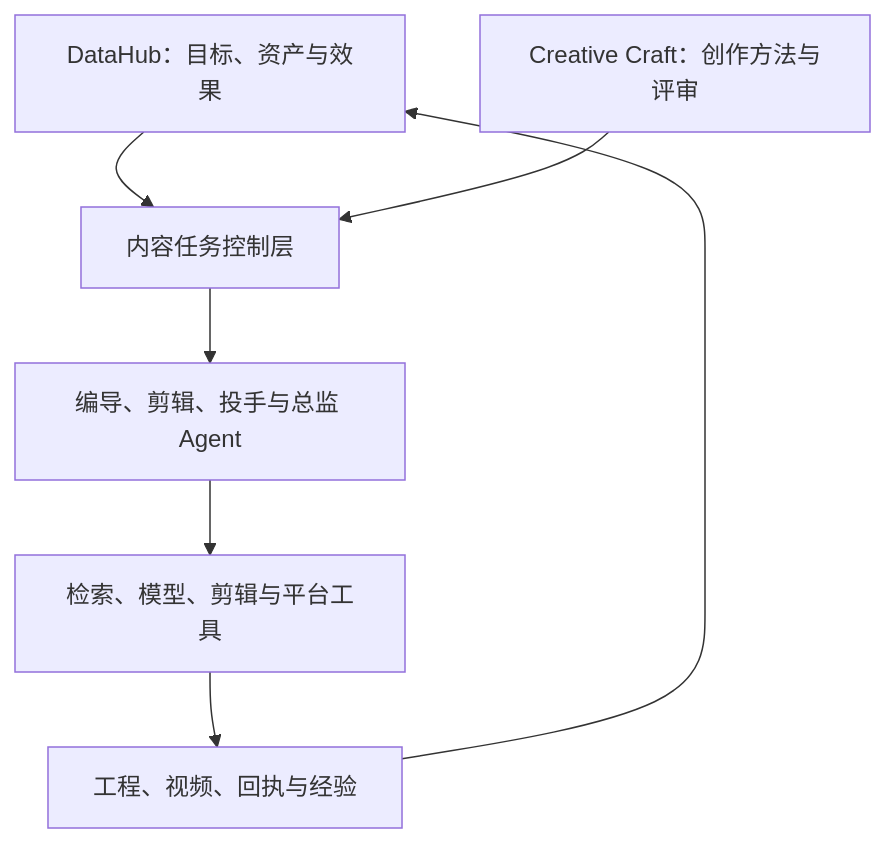
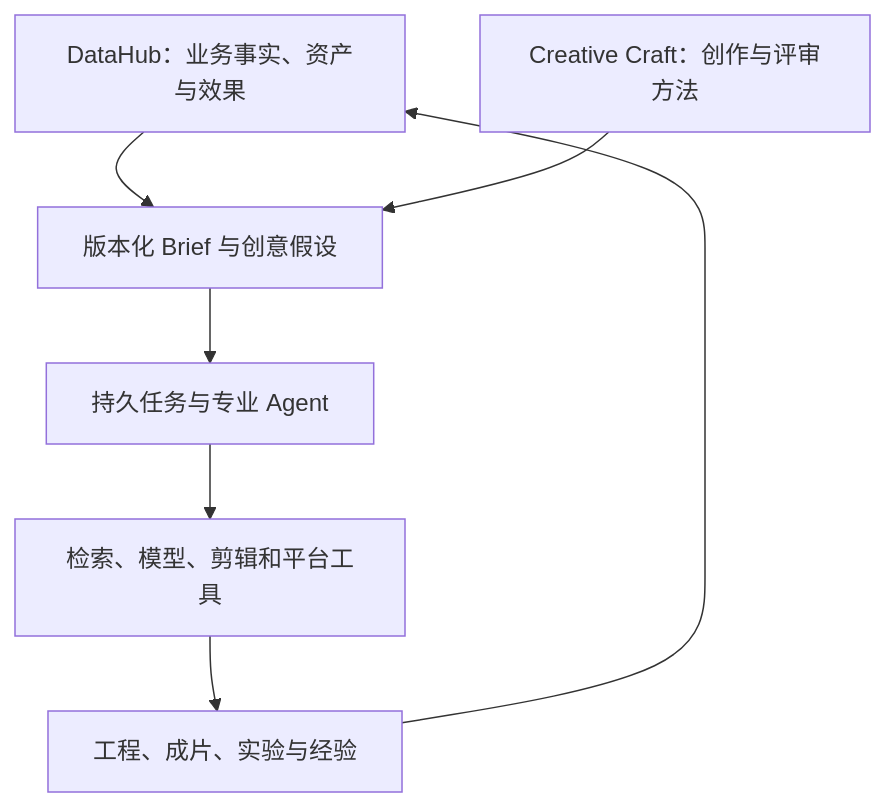
The second of 2 diagrams in src/content/posts/from-datahub-to-ai-hub-02-agent-content-production.md (bigKING67/blog), drawn with Mermaid before and after one commit. The commit also changed other lines of this file, not shown here.

Commit message:
docs: connect content production article to data-driven agent workflow

````diff
--- a/src/content/posts/from-datahub-to-ai-hub-02-agent-content-production.md
+++ b/src/content/posts/from-datahub-to-ai-hub-02-agent-content-production.md
@@ -73,9 +141,9 @@
 ```mermaid
 flowchart TD
-  A[DataHub：目标、资产与效果] --> B[内容任务控制层]
-  C[Creative Craft：创作方法与评审] --> B
-  B --> D[编导、剪辑、投手与总监 Agent]
-  D --> E[检索、模型、剪辑与平台工具]
-  E --> F[工程、视频、回执与经验]
+  A[DataHub：业务事实、资产与效果] --> B[版本化 Brief 与创意假设]
+  C[Creative Craft：创作与评审方法] --> B
+  B --> D[持久任务与专业 Agent]
+  D --> E[检索、模型、剪辑和平台工具]
+  E --> F[工程、成片、实验与经验]
   F --> A
 ```
````
